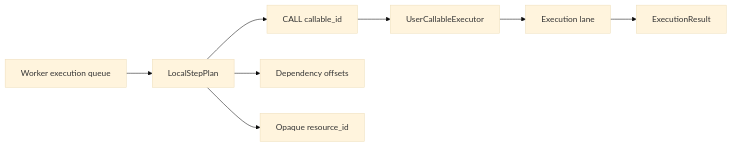
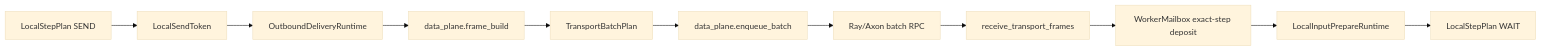
Before and after one commit to diaosj/fluxway: the diagram in docs/dataplane_runtime.md, drawn with Mermaid (base theme). The commit also changed other lines of this file and 61 other files, not shown here.

First line of the commit message:
[Refactor] (worker) decouple runtime lifecycles and enhance local pipeline execution

````diff
--- a/docs/dataplane_runtime.md
+++ b/docs/dataplane_runtime.md
@@ -90,10 +9,13 @@
 ```mermaid
 flowchart LR
-  A["Worker execution queue"] --> B["LocalStepPlan"]
-  B --> C["CALL callable_id"]
-  B --> D["Dependency offsets"]
-  B --> E["Opaque resource_id"]
-  C --> F["UserCallableExecutor"]
-  F --> G["Execution lane"]
-  G --> H["ExecutionResult"]
+  A["LocalStepPlan SEND"] --> B["LocalSendToken"]
+  B --> C["OutboundDeliveryRuntime"]
+  C --> D["data_plane.frame_build"]
+  D --> E["TransportBatchPlan"]
+  E --> F["data_plane.enqueue_batch"]
+  F --> G["Ray/Axon batch RPC"]
+  G --> H["receive_transport_frames"]
+  H --> I["WorkerMailbox exact-step deposit"]
+  I --> J["LocalInputPrepareRuntime"]
+  J --> K["LocalStepPlan WAIT"]
 ```
````
